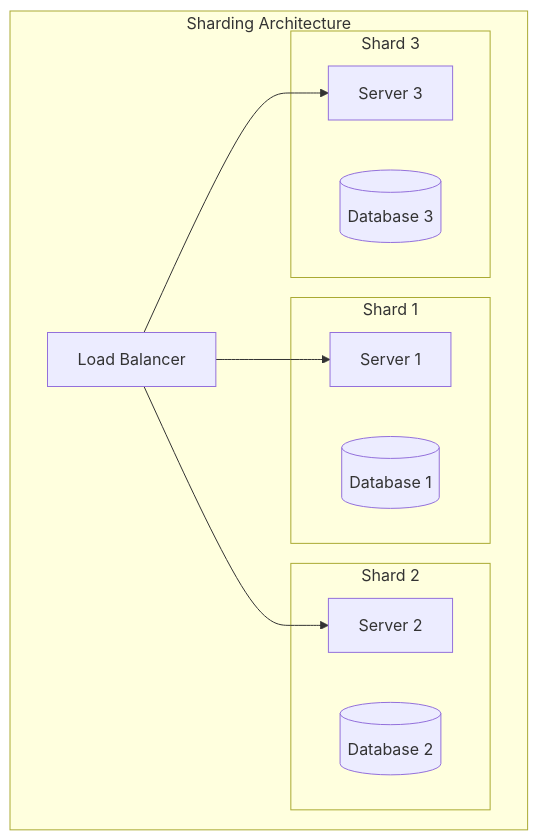
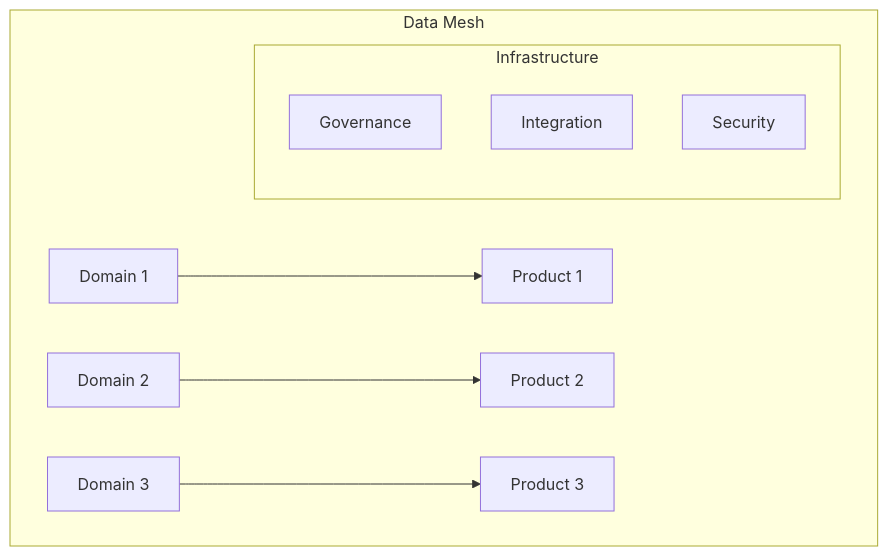
The seventh of 9 diagrams in src/Data_Architecture_Patterns.md (saravanakumarrc/Architecture_Journey), drawn with Mermaid before and after one commit. The commit also changed other lines of this file and 4 other files, not shown here.

First line of the commit message:
Refactor Serverless Architecture Patterns and Testing Best Practices documentation

````diff
--- a/src/Data_Architecture_Patterns.md
+++ b/src/Data_Architecture_Patterns.md
@@ -214,25 +167,14 @@
 ```mermaid
 graph TB
-    subgraph "Sharding Architecture"
-        LB[Load Balancer]
+    subgraph "Data Mesh"
+        D1[Domain 1] --> P1[Product 1]
+        D2[Domain 2] --> P2[Product 2]
+        D3[Domain 3] --> P3[Product 3]
         
-        subgraph "Shard 1"
-            S1[Server 1]
-            DB1[(Database 1)]
+        subgraph "Infrastructure"
+            G[Governance]
+            I[Integration]
+            S[Security]
         end
-        
-        subgraph "Shard 2"
-            S2[Server 2]
-            DB2[(Database 2)]
-        end
-        
-        subgraph "Shard 3"
-            S3[Server 3]
-            DB3[(Database 3)]
-        end
-        
-        LB --> S1
-        LB --> S2
-        LB --> S3
     end
 ```
````
